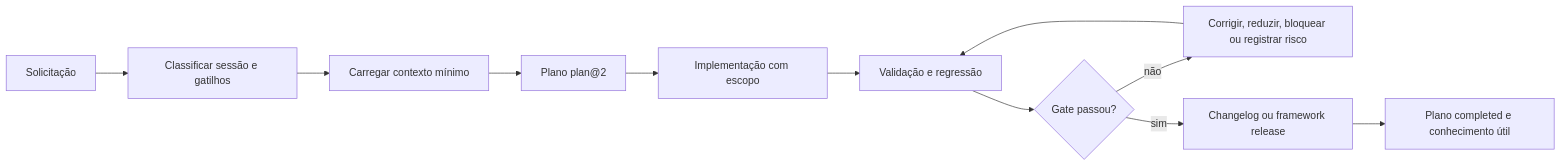
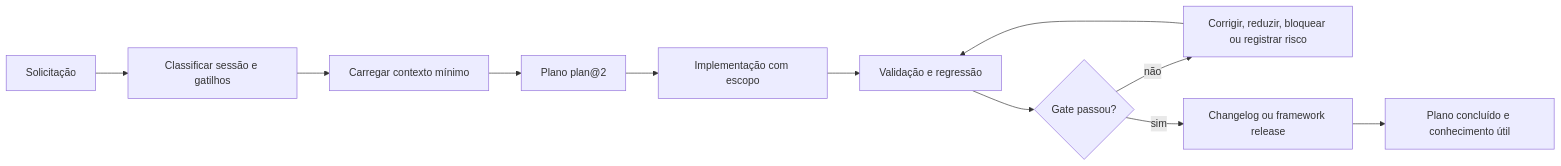
One commit to Sistema2D/FrameCode-VibeWork changed the first of 2 diagrams in README.md. Above: the diagram before and after it, drawn with Mermaid. The commit also changed other lines of this file and 3 other files, not shown here.

````diff
--- a/README.md
+++ b/README.md
@@ -95,13 +122,13 @@
 ```mermaid
 flowchart LR
     A["Solicitação"] --> B["Classificar sessão e gatilhos"]
     B --> C["Carregar contexto mínimo"]
     C --> D["Plano plan@2"]
     D --> E["Implementação com escopo"]
     E --> F["Validação e regressão"]
     F --> G{"Gate passou?"}
     G -- "não" --> H["Corrigir, reduzir, bloquear ou registrar risco"]
     H --> F
     G -- "sim" --> I["Changelog ou framework release"]
-    I --> J["Plano completed e conhecimento útil"]
+    I --> J["Plano concluído e conhecimento útil"]
 ```
````
